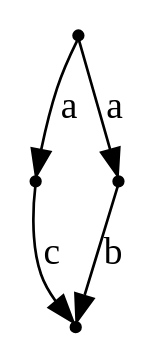
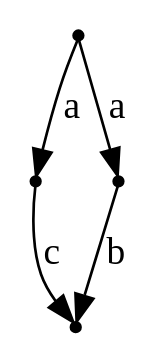
One commit to jangreen/rat changed the diagram in output/counterexample.dot. Above: the diagram before and after it, drawn with Graphviz. The commit also changed other lines of this file and 22 other files, not shown here.

```diff
--- a/output/counterexample.dot
+++ b/output/counterexample.dot
@@ -1,6 +1,6 @@
 digraph { node[shape="point"]
+N0 -> N3[label = "a"];
 N3 -> N1[label = "c"];
-N0 -> N3[label = "a"];
+N0 -> N2[label = "a"];
 N2 -> N1[label = "b"];
-N0 -> N2[label = "a"];
 }
```
